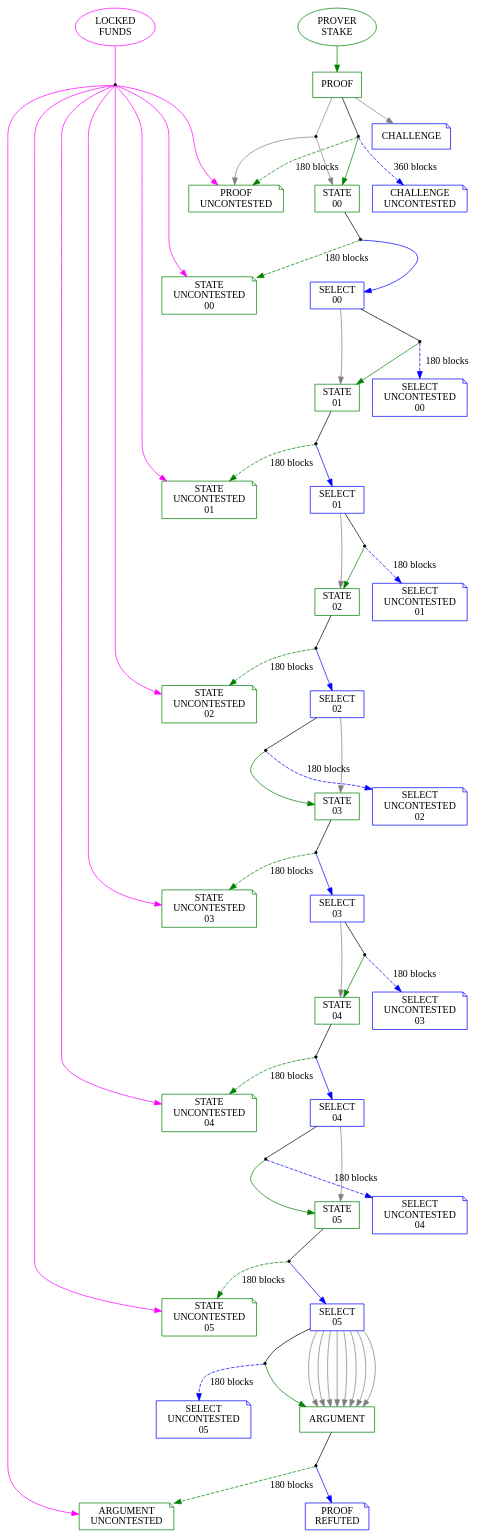
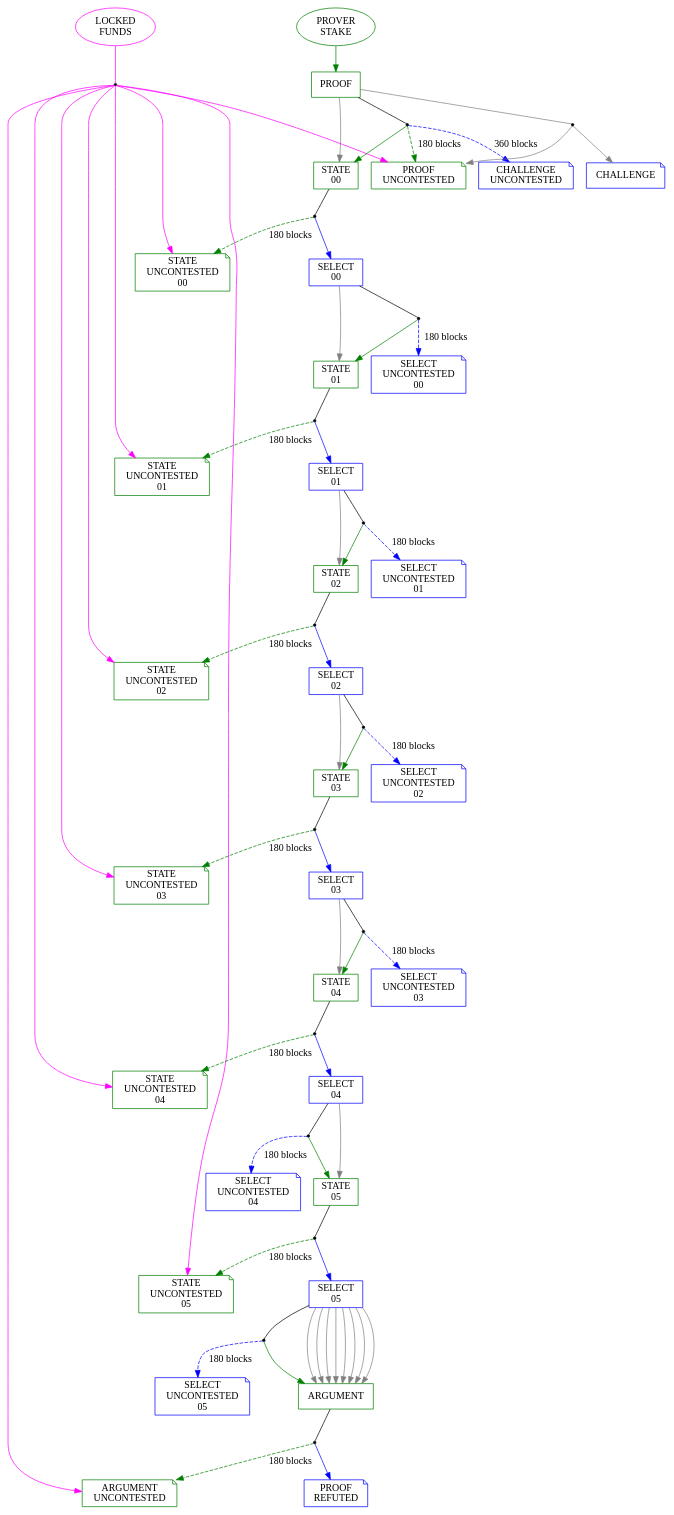
One commit to bitsnark/bitsnark-lib changed the diagram in specs/transactions.dot. Above: the diagram before and after it, drawn with Graphviz. The commit also changed 4 other files, not shown here.

```diff
--- a/specs/transactions.dot
+++ b/specs/transactions.dot
@@ -1,127 +1,127 @@
 digraph BitSnark {
 	LOCKED_FUNDS [shape=oval; color=magenta; label="LOCKED\nFUNDS"]
 	PROVER_STAKE [shape=oval; color=green; label="PROVER\nSTAKE"]
 	PROOF [shape=box; color=green; label="PROOF"]
 	CHALLENGE [shape=note; color=blue; label="CHALLENGE"]
 	PROOF_UNCONTESTED [shape=note; color=green; label="PROOF\nUNCONTESTED"]
 	CHALLENGE_UNCONTESTED [shape=note; color=blue; label="CHALLENGE\nUNCONTESTED"]
 	STATE_00 [shape=box; color=green; label="STATE\n00"]
 	STATE_UNCONTESTED_00 [shape=note; color=green; label="STATE\nUNCONTESTED\n00"]
 	SELECT_00 [shape=box; color=blue; label="SELECT\n00"]
 	SELECT_UNCONTESTED_00 [shape=note; color=blue; label="SELECT\nUNCONTESTED\n00"]
 	STATE_01 [shape=box; color=green; label="STATE\n01"]
 	STATE_UNCONTESTED_01 [shape=note; color=green; label="STATE\nUNCONTESTED\n01"]
 	SELECT_01 [shape=box; color=blue; label="SELECT\n01"]
 	SELECT_UNCONTESTED_01 [shape=note; color=blue; label="SELECT\nUNCONTESTED\n01"]
 	STATE_02 [shape=box; color=green; label="STATE\n02"]
 	STATE_UNCONTESTED_02 [shape=note; color=green; label="STATE\nUNCONTESTED\n02"]
 	SELECT_02 [shape=box; color=blue; label="SELECT\n02"]
 	SELECT_UNCONTESTED_02 [shape=note; color=blue; label="SELECT\nUNCONTESTED\n02"]
 	STATE_03 [shape=box; color=green; label="STATE\n03"]
 	STATE_UNCONTESTED_03 [shape=note; color=green; label="STATE\nUNCONTESTED\n03"]
 	SELECT_03 [shape=box; color=blue; label="SELECT\n03"]
 	SELECT_UNCONTESTED_03 [shape=note; color=blue; label="SELECT\nUNCONTESTED\n03"]
 	STATE_04 [shape=box; color=green; label="STATE\n04"]
 	STATE_UNCONTESTED_04 [shape=note; color=green; label="STATE\nUNCONTESTED\n04"]
 	SELECT_04 [shape=box; color=blue; label="SELECT\n04"]
 	SELECT_UNCONTESTED_04 [shape=note; color=blue; label="SELECT\nUNCONTESTED\n04"]
 	STATE_05 [shape=box; color=green; label="STATE\n05"]
 	STATE_UNCONTESTED_05 [shape=note; color=green; label="STATE\nUNCONTESTED\n05"]
 	SELECT_05 [shape=box; color=blue; label="SELECT\n05"]
 	SELECT_UNCONTESTED_05 [shape=note; color=blue; label="SELECT\nUNCONTESTED\n05"]
 	ARGUMENT [shape=box; color=green; label="ARGUMENT"]
 	PROOF_REFUTED [shape=note; color=blue; label="PROOF\nREFUTED"]
 	ARGUMENT_UNCONTESTED [shape=note; color=green; label="ARGUMENT\nUNCONTESTED"]
 	{rank=same; LOCKED_FUNDS; PROVER_STAKE}
 	{rank=same; }
 	PROOF -> STATE_00 -> SELECT_00 -> STATE_01 -> SELECT_01 -> STATE_02 -> SELECT_02 -> STATE_03 -> SELECT_03 -> STATE_04 -> SELECT_04 -> STATE_05 -> SELECT_05 -> ARGUMENT -> PROOF_REFUTED [style=invis; weight=30]
 	STATE_UNCONTESTED_00 -> STATE_UNCONTESTED_01 -> STATE_UNCONTESTED_02 -> STATE_UNCONTESTED_03 -> STATE_UNCONTESTED_04 -> STATE_UNCONTESTED_05 [style=invis; weight=1]
 	SELECT_UNCONTESTED_00 -> SELECT_UNCONTESTED_01 -> SELECT_UNCONTESTED_02 -> SELECT_UNCONTESTED_03 -> SELECT_UNCONTESTED_04 -> SELECT_UNCONTESTED_05 [style=invis; weight=0]
 	LOCKED_FUNDS_output_0 [shape=point]
 	LOCKED_FUNDS -> LOCKED_FUNDS_output_0 [color=magenta; arrowhead=none; weight=20]
 	LOCKED_FUNDS_output_0 -> PROOF_UNCONTESTED [color=magenta]
 	LOCKED_FUNDS_output_0 -> STATE_UNCONTESTED_00 [color=magenta]
 	LOCKED_FUNDS_output_0 -> STATE_UNCONTESTED_01 [color=magenta]
 	LOCKED_FUNDS_output_0 -> STATE_UNCONTESTED_02 [color=magenta]
 	LOCKED_FUNDS_output_0 -> STATE_UNCONTESTED_03 [color=magenta]
 	LOCKED_FUNDS_output_0 -> STATE_UNCONTESTED_04 [color=magenta]
 	LOCKED_FUNDS_output_0 -> STATE_UNCONTESTED_05 [color=magenta]
 	LOCKED_FUNDS_output_0 -> ARGUMENT_UNCONTESTED [color=magenta]
 	PROVER_STAKE -> PROOF [color=green]
 	PROOF_output_0 [shape=point]
 	PROOF -> PROOF_output_0 [arrowhead=none]
 	PROOF_output_0 -> PROOF_UNCONTESTED [color=green; style=dashed; label="180 blocks"]
 	PROOF_output_0 -> CHALLENGE_UNCONTESTED [color=blue; style=dashed; label="360 blocks"]
 	PROOF_output_0 -> STATE_00 [color=green]
-	PROOF_output_1 [shape=point]
-	PROOF -> PROOF_output_1 [color=gray; arrowhead=none]
-	PROOF_output_1 -> PROOF_UNCONTESTED [color=gray]
-	PROOF_output_1 -> STATE_00 [color=gray]
-	PROOF -> CHALLENGE [color=gray]
+	PROOF -> STATE_00 [color=gray]
+	PROOF_output_2 [shape=point]
+	PROOF -> PROOF_output_2 [color=gray; arrowhead=none]
+	PROOF_output_2 -> CHALLENGE [color=gray]
+	PROOF_output_2 -> PROOF_UNCONTESTED [color=gray]
 	STATE_00_output_0 [shape=point]
 	STATE_00 -> STATE_00_output_0 [arrowhead=none]
 	STATE_00_output_0 -> STATE_UNCONTESTED_00 [color=green; style=dashed; label="180 blocks"]
 	STATE_00_output_0 -> SELECT_00 [color=blue]
 	SELECT_00_output_0 [shape=point]
 	SELECT_00 -> SELECT_00_output_0 [arrowhead=none]
 	SELECT_00_output_0 -> SELECT_UNCONTESTED_00 [color=blue; weight=100; style=dashed; label="180 blocks"]
 	SELECT_00_output_0 -> STATE_01 [color=green]
 	SELECT_00 -> STATE_01 [color=gray]
 	STATE_01_output_0 [shape=point]
 	STATE_01 -> STATE_01_output_0 [arrowhead=none]
 	STATE_01_output_0 -> STATE_UNCONTESTED_01 [color=green; style=dashed; label="180 blocks"]
 	STATE_01_output_0 -> SELECT_01 [color=blue]
 	SELECT_01_output_0 [shape=point]
 	SELECT_01 -> SELECT_01_output_0 [arrowhead=none]
 	SELECT_01_output_0 -> SELECT_UNCONTESTED_01 [color=blue; style=dashed; label="180 blocks"]
 	SELECT_01_output_0 -> STATE_02 [color=green]
 	SELECT_01 -> STATE_02 [color=gray]
 	STATE_02_output_0 [shape=point]
 	STATE_02 -> STATE_02_output_0 [arrowhead=none]
 	STATE_02_output_0 -> STATE_UNCONTESTED_02 [color=green; style=dashed; label="180 blocks"]
 	STATE_02_output_0 -> SELECT_02 [color=blue]
 	SELECT_02_output_0 [shape=point]
 	SELECT_02 -> SELECT_02_output_0 [arrowhead=none]
 	SELECT_02_output_0 -> SELECT_UNCONTESTED_02 [color=blue; style=dashed; label="180 blocks"]
 	SELECT_02_output_0 -> STATE_03 [color=green]
 	SELECT_02 -> STATE_03 [color=gray]
 	STATE_03_output_0 [shape=point]
 	STATE_03 -> STATE_03_output_0 [arrowhead=none]
 	STATE_03_output_0 -> STATE_UNCONTESTED_03 [color=green; style=dashed; label="180 blocks"]
 	STATE_03_output_0 -> SELECT_03 [color=blue]
 	SELECT_03_output_0 [shape=point]
 	SELECT_03 -> SELECT_03_output_0 [arrowhead=none]
 	SELECT_03_output_0 -> SELECT_UNCONTESTED_03 [color=blue; style=dashed; label="180 blocks"]
 	SELECT_03_output_0 -> STATE_04 [color=green]
 	SELECT_03 -> STATE_04 [color=gray]
 	STATE_04_output_0 [shape=point]
 	STATE_04 -> STATE_04_output_0 [arrowhead=none]
 	STATE_04_output_0 -> STATE_UNCONTESTED_04 [color=green; style=dashed; label="180 blocks"]
 	STATE_04_output_0 -> SELECT_04 [color=blue]
 	SELECT_04_output_0 [shape=point]
 	SELECT_04 -> SELECT_04_output_0 [arrowhead=none]
 	SELECT_04_output_0 -> SELECT_UNCONTESTED_04 [color=blue; style=dashed; label="180 blocks"]
 	SELECT_04_output_0 -> STATE_05 [color=green]
 	SELECT_04 -> STATE_05 [color=gray]
 	STATE_05_output_0 [shape=point]
 	STATE_05 -> STATE_05_output_0 [arrowhead=none]
 	STATE_05_output_0 -> STATE_UNCONTESTED_05 [color=green; style=dashed; label="180 blocks"]
 	STATE_05_output_0 -> SELECT_05 [color=blue]
 	SELECT_05_output_0 [shape=point]
 	SELECT_05 -> SELECT_05_output_0 [arrowhead=none]
 	SELECT_05_output_0 -> SELECT_UNCONTESTED_05 [color=blue; style=dashed; label="180 blocks"]
 	SELECT_05_output_0 -> ARGUMENT [color=green]
 	SELECT_05 -> ARGUMENT [color=gray]
 	SELECT_05 -> ARGUMENT [color=gray]
 	SELECT_05 -> ARGUMENT [color=gray]
 	SELECT_05 -> ARGUMENT [color=gray]
 	SELECT_05 -> ARGUMENT [color=gray]
 	SELECT_05 -> ARGUMENT [color=gray]
 	SELECT_05 -> ARGUMENT [color=gray]
 	SELECT_05 -> ARGUMENT [color=gray]
 	ARGUMENT_output_0 [shape=point]
 	ARGUMENT -> ARGUMENT_output_0 [arrowhead=none]
 	ARGUMENT_output_0 -> PROOF_REFUTED [color=blue]
 	ARGUMENT_output_0 -> ARGUMENT_UNCONTESTED [color=green; style=dashed; label="180 blocks"]
 	LOCKED_FUNDS -> PROOF_UNCONTESTED [style=invis]
 }
```
